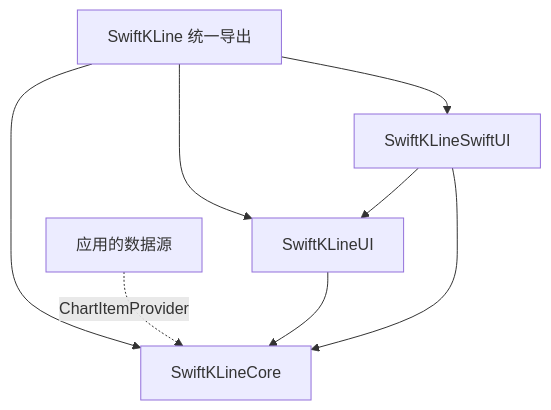
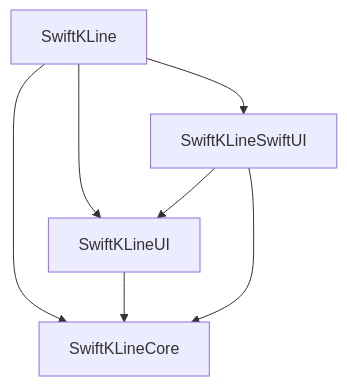
One commit to zhwayne/SwiftKLine changed the first of 2 diagrams in docs/architecture.md. Above: the diagram before and after it, drawn with Mermaid. The commit also changed other lines of this file and 69 other files, not shown here.

First line of the commit message:
refactor: unify plugin architecture and chart appearance

````diff
--- a/docs/architecture.md
+++ b/docs/architecture.md
@@ -5,10 +11,9 @@
 ```mermaid
 flowchart TD
-    Entry[SwiftKLine 统一导出] --> Core[SwiftKLineCore]
+    Entry[SwiftKLine] --> Core[SwiftKLineCore]
     Entry --> UI[SwiftKLineUI]
-    Entry --> SwiftUI[SwiftKLineSwiftUI]
-    SwiftUI --> UI
-    SwiftUI --> Core
+    Entry --> Adapter[SwiftKLineSwiftUI]
+    Adapter --> UI
+    Adapter --> Core
     UI --> Core
-    Provider[应用的数据源] -.ChartItemProvider.-> Core
 ```
````
